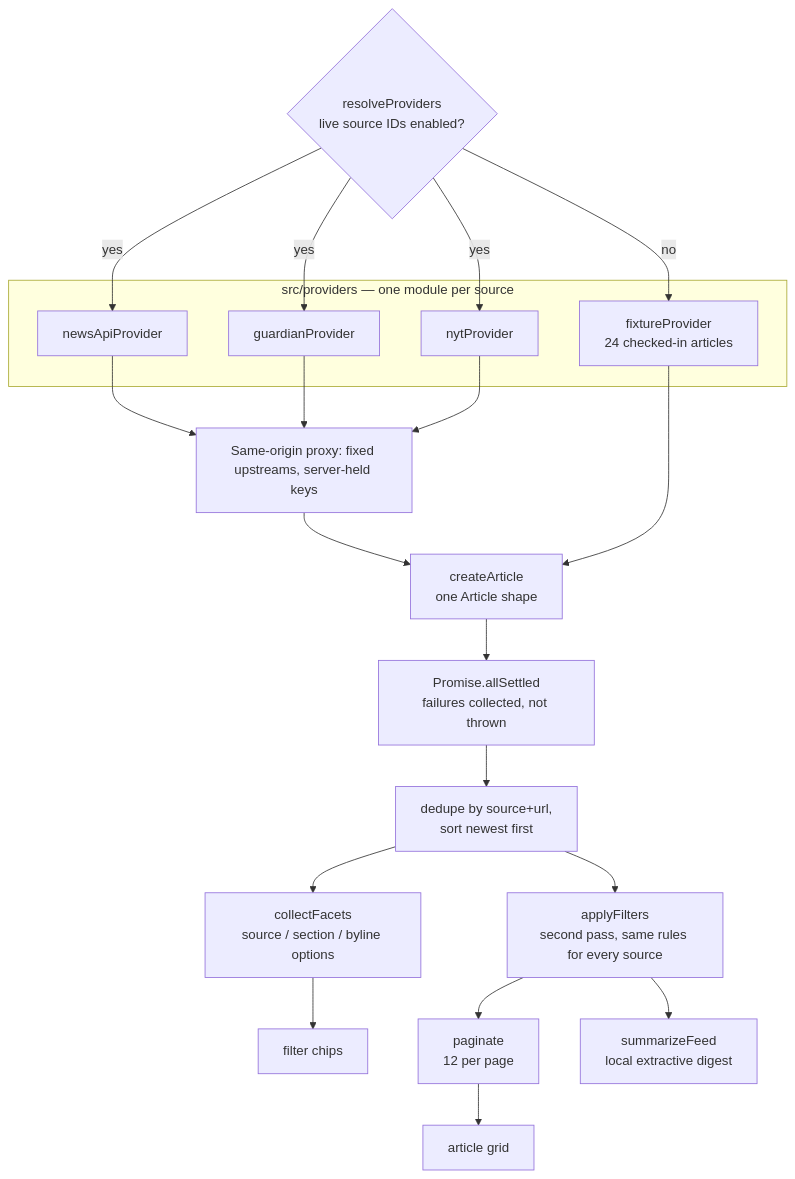
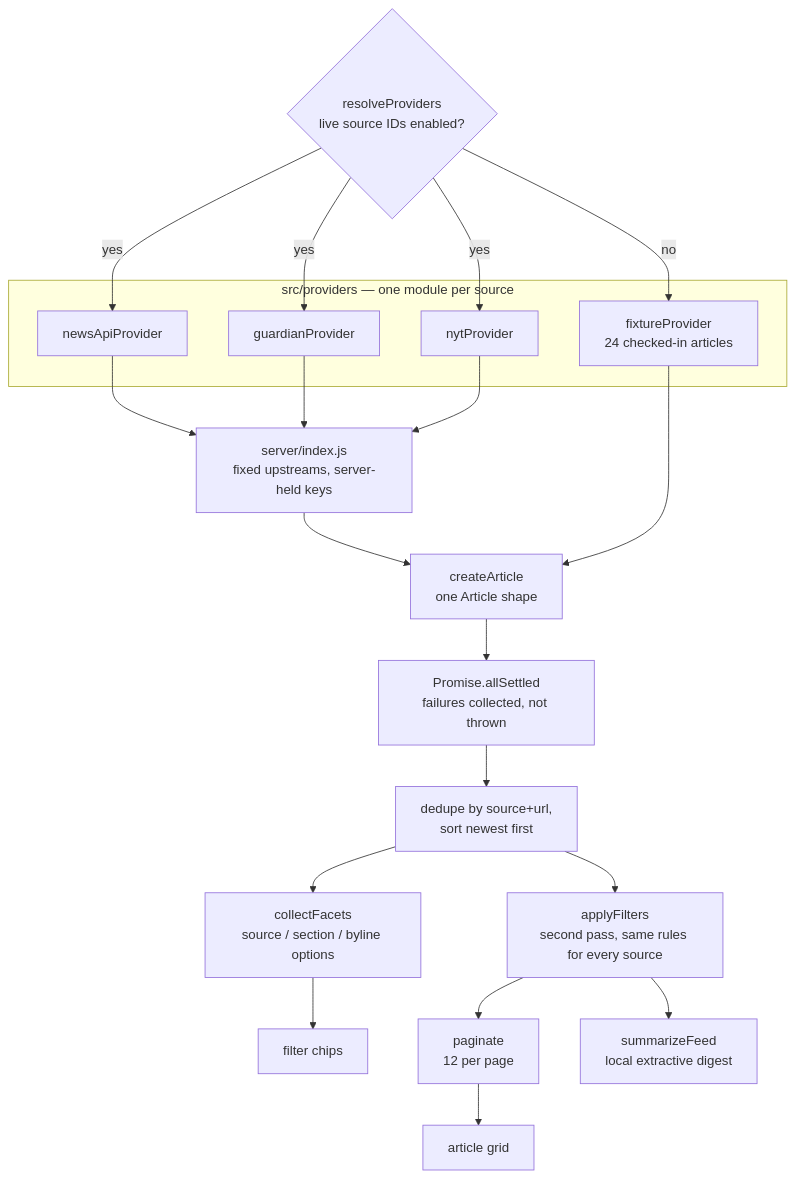
The diagram in README.md (dev-mnadeem/news-feed-collector), drawn with Mermaid before and after one commit. The commit also changed other lines of this file and 6 other files, not shown here.

````diff
--- a/README.md
+++ b/README.md
@@ -63,25 +78,25 @@
 ```mermaid
 flowchart TB
     subgraph providers["src/providers — one module per source"]
         NA["newsApiProvider"]
         GU["guardianProvider"]
         NY["nytProvider"]
         FX["fixtureProvider<br/>24 checked-in articles"]
     end
 
     REG{"resolveProviders<br/>live source IDs enabled?"}
     REG -- "yes" --> NA & GU & NY
     REG -- "no" --> FX
 
-    NA & GU & NY --> PROXY["Same-origin proxy: fixed upstreams, server-held keys"]
+    NA & GU & NY --> PROXY["server/index.js<br/>fixed upstreams, server-held keys"]
     PROXY --> NORM
     FX --> NORM["createArticle<br/>one Article shape"]
     NORM --> FOLD["Promise.allSettled<br/>failures collected, not thrown"]
     FOLD --> DEDUPE["dedupe by source+url,<br/>sort newest first"]
     DEDUPE --> FACETS["collectFacets<br/>source / section / byline options"]
     DEDUPE --> FILTER["applyFilters<br/>second pass, same rules for every source"]
     FILTER --> PAGE["paginate<br/>12 per page"]
     PAGE --> GRID["article grid"]
     FACETS --> CHIPS["filter chips"]
     FILTER --> DIGEST["summarizeFeed<br/>local extractive digest"]
 ```
````
